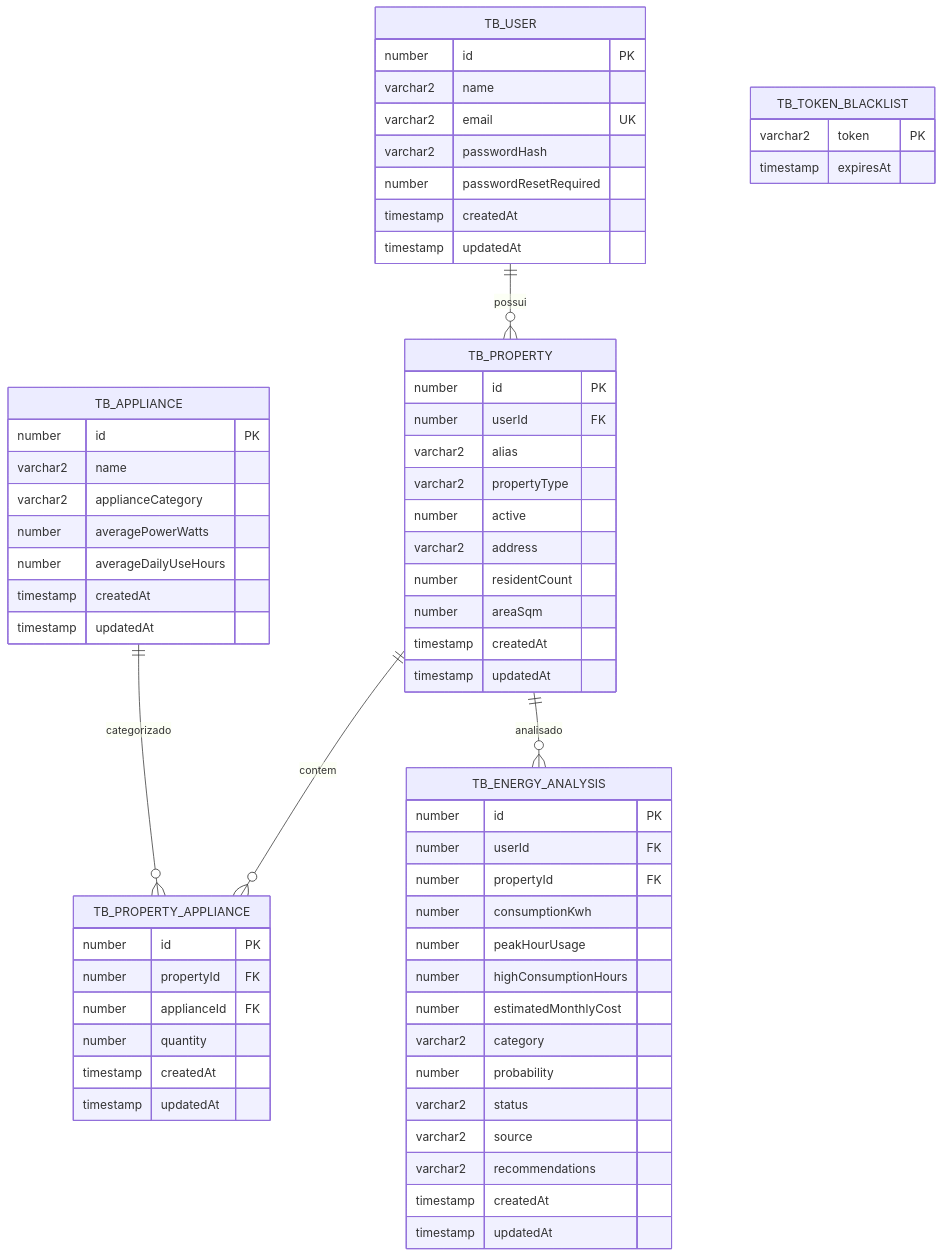
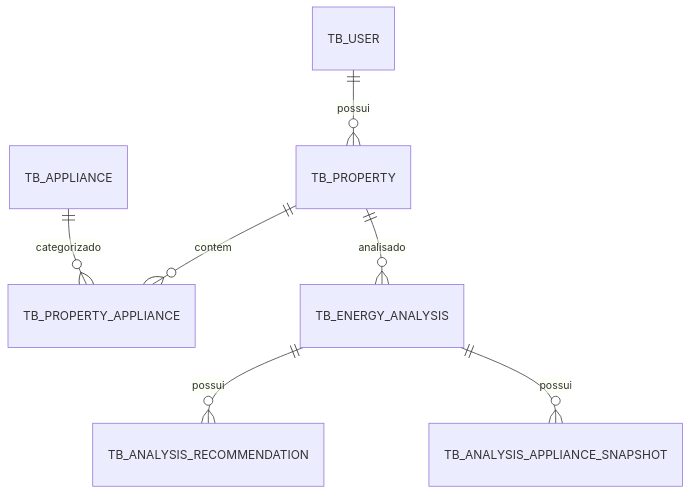
The diagram in docs/database.md (No-Country-simulation/G9-BR-TEAM-18), drawn with Mermaid before and after one commit. The commit also changed other lines of this file and 19 other files, not shown here.

````diff
--- a/docs/database.md
+++ b/docs/database.md
@@ -21,65 +24,9 @@
 ```mermaid
 erDiagram
     TB_USER ||--o{ TB_PROPERTY : possui
     TB_PROPERTY ||--o{ TB_PROPERTY_APPLIANCE : contem
     TB_APPLIANCE ||--o{ TB_PROPERTY_APPLIANCE : categorizado
     TB_PROPERTY ||--o{ TB_ENERGY_ANALYSIS : analisado
-    TB_USER {
-        number id PK
-        varchar2 name
-        varchar2 email UK
-        varchar2 passwordHash
-        number passwordResetRequired
-        timestamp createdAt
-        timestamp updatedAt
-    }
-    TB_PROPERTY {
-        number id PK
-        number userId FK
-        varchar2 alias
-        varchar2 propertyType
-        number active
-        varchar2 address
-        number residentCount
-        number areaSqm
-        timestamp createdAt
-        timestamp updatedAt
-    }
-    TB_APPLIANCE {
-        number id PK
-        varchar2 name
-        varchar2 applianceCategory
-        number averagePowerWatts
-        number averageDailyUseHours
-        timestamp createdAt
-        timestamp updatedAt
-    }
-    TB_PROPERTY_APPLIANCE {
-        number id PK
-        number propertyId FK
-        number applianceId FK
-        number quantity
-        timestamp createdAt
-        timestamp updatedAt
-    }
-    TB_ENERGY_ANALYSIS {
-        number id PK
-        number userId FK
-        number propertyId FK
-        number consumptionKwh
-        number peakHourUsage
-        number highConsumptionHours
-        number estimatedMonthlyCost
-        varchar2 category
-        number probability
-        varchar2 status
-        varchar2 source
-        varchar2 recommendations
-        timestamp createdAt
-        timestamp updatedAt
-    }
-    TB_TOKEN_BLACKLIST {
-        varchar2 token PK
-        timestamp expiresAt
-    }
+    TB_ENERGY_ANALYSIS ||--o{ TB_ANALYSIS_RECOMMENDATION : possui
+    TB_ENERGY_ANALYSIS ||--o{ TB_ANALYSIS_APPLIANCE_SNAPSHOT : possui
 ```
````
